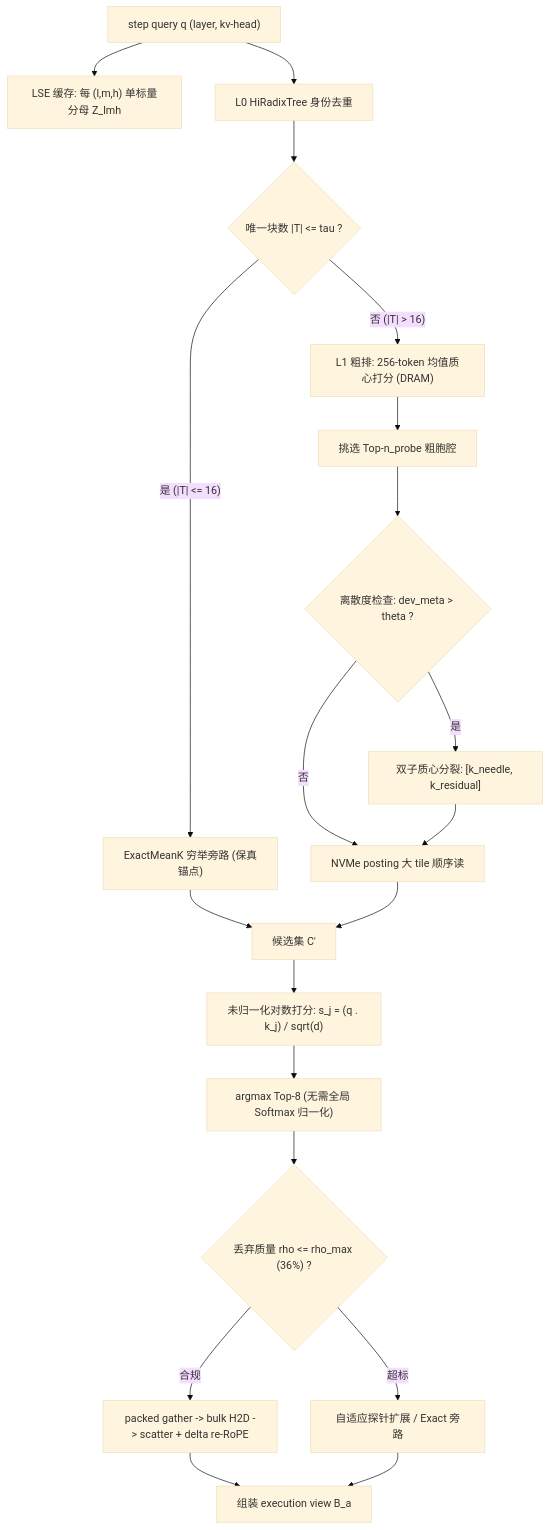
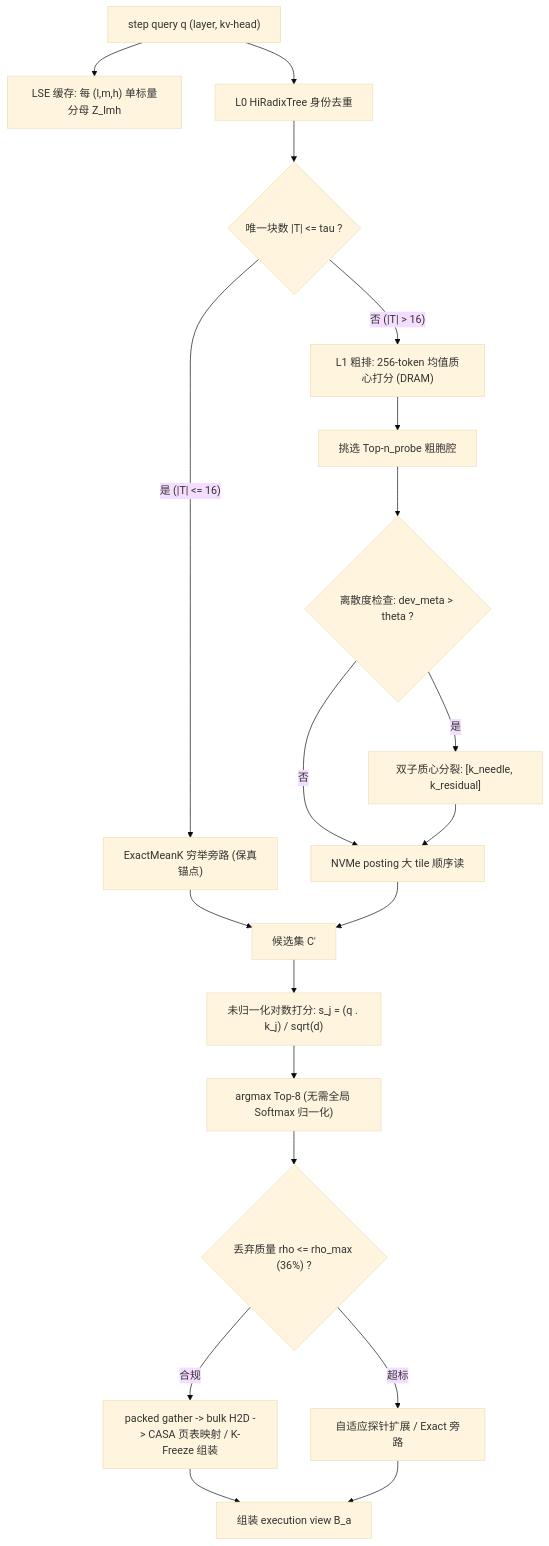
One commit to HairuoLiu/kvmem-strata-fusion changed the diagram in plan-01-ifr/research-report.md. Above: the diagram before and after it, drawn with Mermaid (base theme). The commit also changed other lines of this file and 15 other files, not shown here.

````diff
--- a/plan-01-ifr/research-report.md
+++ b/plan-01-ifr/research-report.md
@@ -78,22 +78,22 @@
 ```mermaid
 flowchart TD
     Q["step query q (layer, kv-head)"] --> LSE["LSE 缓存: 每 (l,m,h) 单标量分母 Z_lmh"]
     Q --> L0["L0 HiRadixTree 身份去重"]
     L0 --> COND{"唯一块数 |T| <= tau ?"}
     COND -- "是 (|T| <= 16)" --> EXACT["ExactMeanK 穷举旁路 (保真锚点)"]
     COND -- "否 (|T| > 16)" --> COARSE["L1 粗排: 256-token 均值质心打分 (DRAM)"]
     COARSE --> PROBE["挑选 Top-n_probe 粗胞腔"]
     PROBE --> DISP{"离散度检查: dev_meta > theta ?"}
     DISP -- "是" --> DOUBLET["双子质心分裂: [k_needle, k_residual]"]
     DISP -- "否" --> POST["NVMe posting 大 tile 顺序读"]
     DOUBLET --> POST
     EXACT --> MERGE["候选集 C'"]
     POST --> MERGE
     MERGE --> UNNORM["未归一化对数打分: s_j = (q . k_j) / sqrt(d)"]
     UNNORM --> RANK["argmax Top-8 (无需全局 Softmax 归一化)"]
     RANK --> MASS_CHK{"丢弃质量 rho <= rho_max (36%) ?"}
-    MASS_CHK -- "合规" --> MOVE["packed gather -> bulk H2D -> scatter + delta re-RoPE"]
+    MASS_CHK -- "合规" --> MOVE["packed gather -> bulk H2D -> CASA 页表映射 / K-Freeze 组装"]
     MASS_CHK -- "超标" --> FALLBACK["自适应探针扩展 / Exact 旁路"]
     MOVE --> VIEW["组装 execution view B_a"]
     FALLBACK --> VIEW
 ```
````
